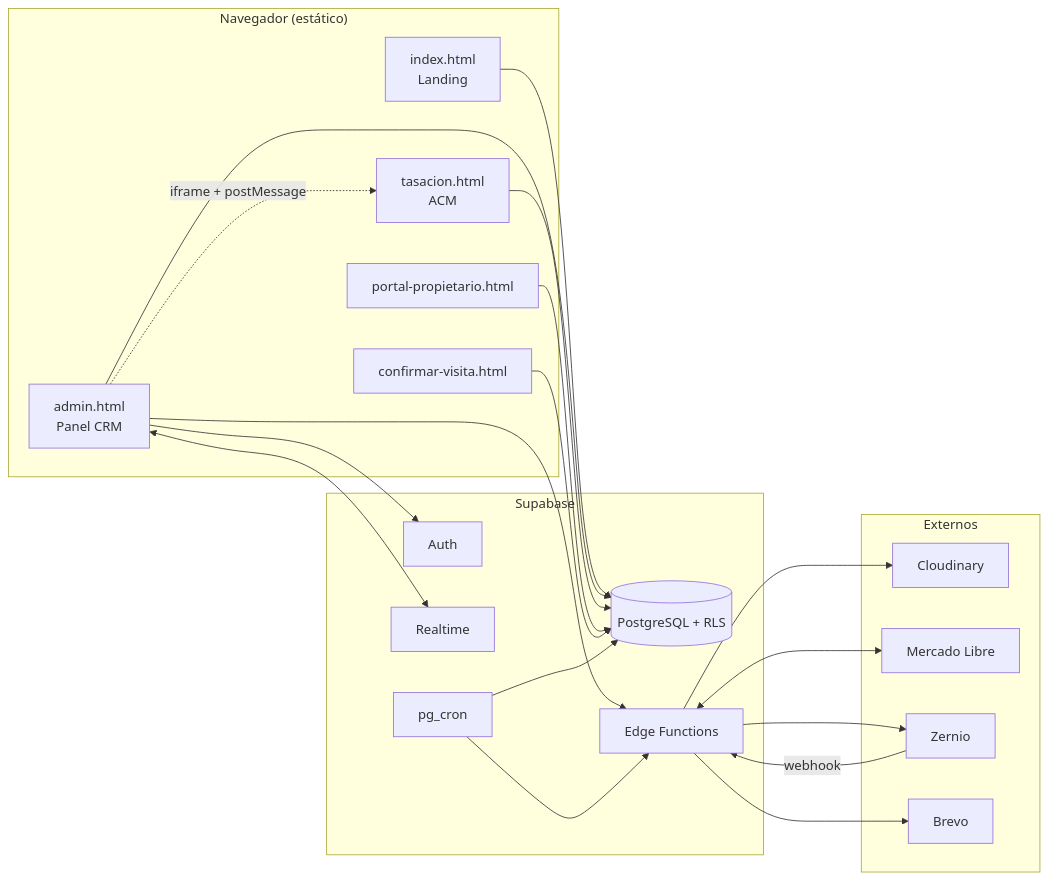
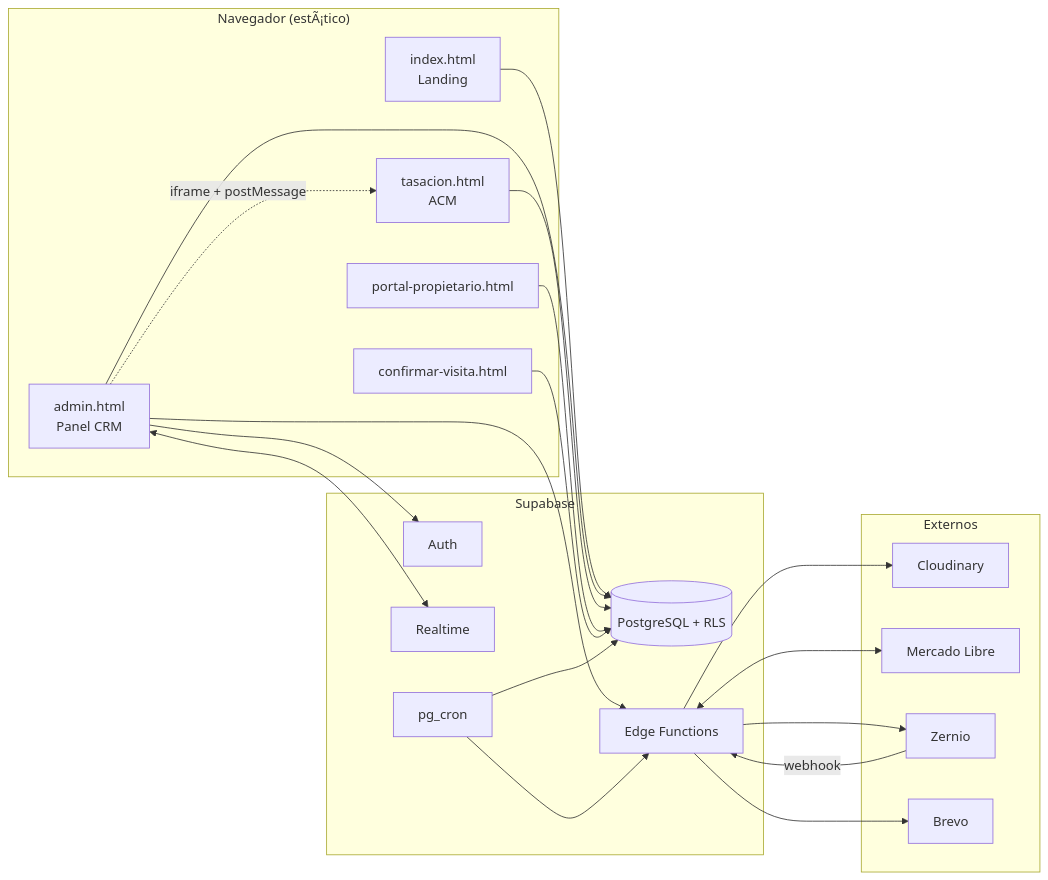
The first of 4 diagrams in README.md (facuherrera23/BH-OFICIAL), drawn with Mermaid before and after one commit. The commit also changed other lines of this file, not shown here.

````diff
--- a/README.md
+++ b/README.md
@@ -156,43 +156,43 @@
 ```mermaid
 flowchart LR
-    subgraph Cliente["Navegador (estático)"]
+    subgraph Cliente["Navegador (estÃ¡tico)"]
         L[index.html<br/>Landing]
         A[admin.html<br/>Panel CRM]
         T[tasacion.html<br/>ACM]
         P[portal-propietario.html]
         V[confirmar-visita.html]
     end
 
     subgraph Supabase
         AUTH[Auth]
         DB[(PostgreSQL + RLS)]
         RT[Realtime]
         EF[Edge Functions]
         CRON[pg_cron]
     end
 
     subgraph Externos
         CLD[Cloudinary]
         ML[Mercado Libre]
         ZN[Zernio]
         BR[Brevo]
     end
 
     L --> DB
     A --> AUTH
     A --> DB
     A <--> RT
     A --> EF
     A -. iframe + postMessage .-> T
     T --> DB
     P --> DB
     V --> DB
 
     EF --> CLD
     EF <--> ML
     ZN -- webhook --> EF
     EF --> ZN
     EF --> BR
     CRON --> EF
     CRON --> DB
 ```
````
